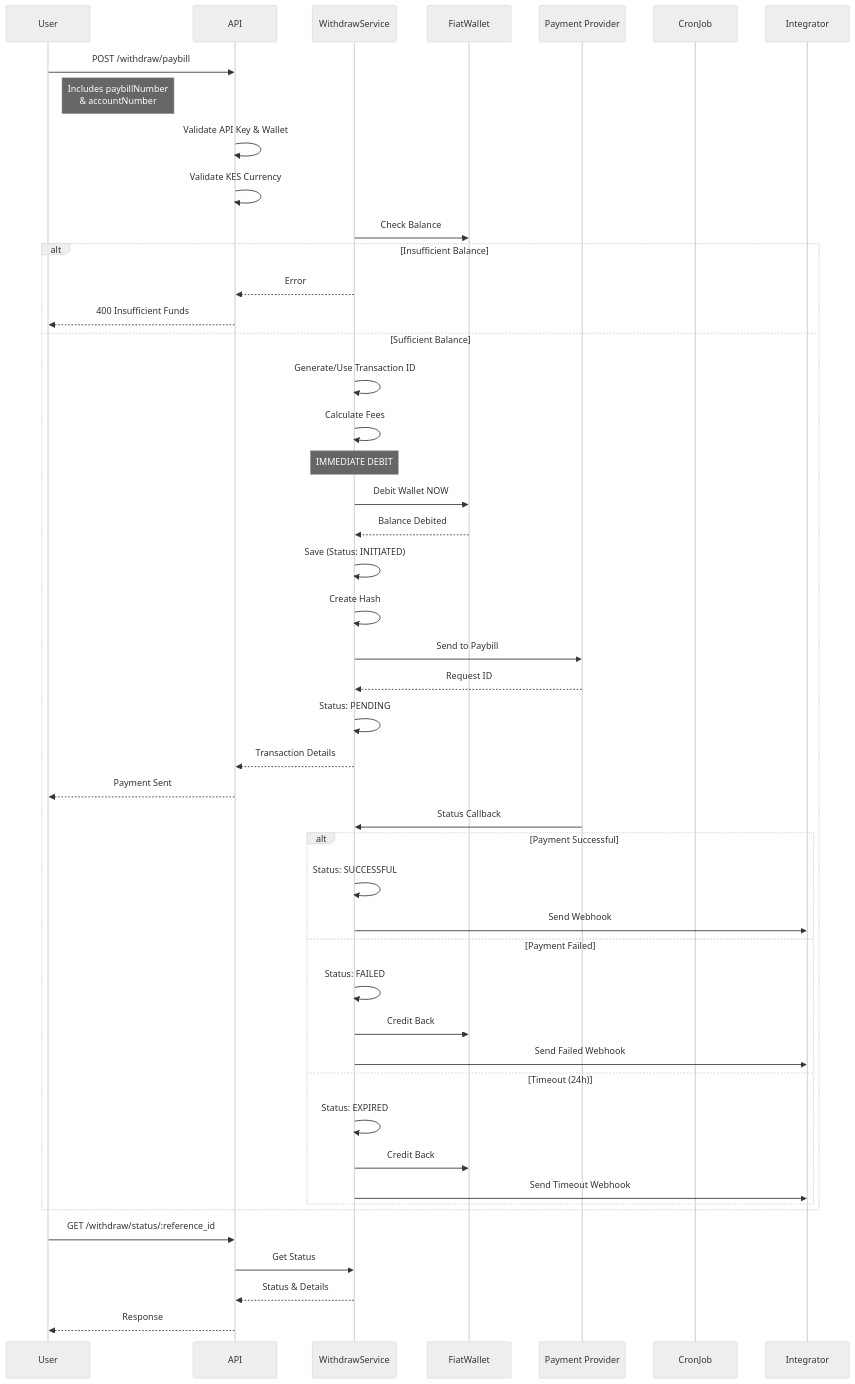
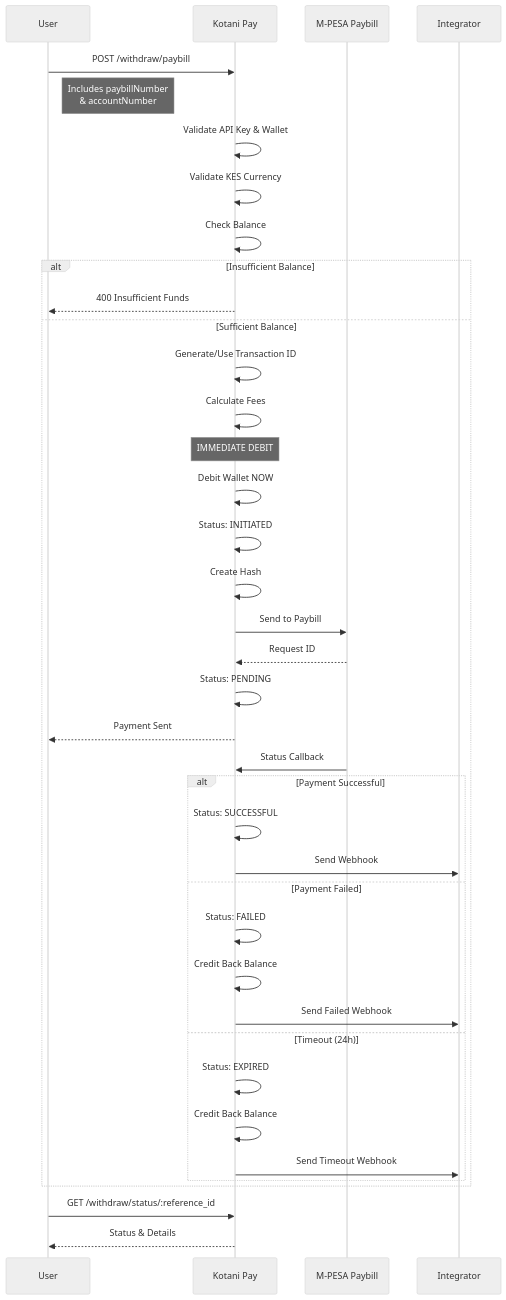
The fourth of 4 diagrams in v3/flows/withdrawal-flow.mdx (john-muinde/docs), drawn with Mermaid (neutral theme) before and after one commit. The commit also changed other lines of this file and 5 other files, not shown here.

````diff
--- a/v3/flows/withdrawal-flow.mdx
+++ b/v3/flows/withdrawal-flow.mdx
@@ -269,59 +246,50 @@
 ```mermaid
 sequenceDiagram
     participant User
-    participant API
-    participant WithdrawService
-    participant FiatWallet
-    participant Provider as Payment Provider
-    participant CronJob
+    participant Kotani Pay
+    participant M-PESA as M-PESA Paybill
     participant Integrator
 
-    User->>API: POST /withdraw/paybill
+    User->>Kotani Pay: POST /withdraw/paybill
     Note right of User: Includes paybillNumber<br/>& accountNumber
-    API->>API: Validate API Key & Wallet
-    API->>API: Validate KES Currency
+    Kotani Pay->>Kotani Pay: Validate API Key & Wallet
+    Kotani Pay->>Kotani Pay: Validate KES Currency
+    Kotani Pay->>Kotani Pay: Check Balance
 
-    WithdrawService->>FiatWallet: Check Balance
     alt Insufficient Balance
-        WithdrawService-->>API: Error
-        API-->>User: 400 Insufficient Funds
+        Kotani Pay-->>User: 400 Insufficient Funds
     else Sufficient Balance
-        WithdrawService->>WithdrawService: Generate/Use Transaction ID
-        WithdrawService->>WithdrawService: Calculate Fees
+        Kotani Pay->>Kotani Pay: Generate/Use Transaction ID
+        Kotani Pay->>Kotani Pay: Calculate Fees
 
-        Note over WithdrawService: IMMEDIATE DEBIT
-        WithdrawService->>FiatWallet: Debit Wallet NOW
-        FiatWallet-->>WithdrawService: Balance Debited
+        Note over Kotani Pay: IMMEDIATE DEBIT
+        Kotani Pay->>Kotani Pay: Debit Wallet NOW
+        Kotani Pay->>Kotani Pay: Status: INITIATED
+        Kotani Pay->>Kotani Pay: Create Hash
 
-        WithdrawService->>WithdrawService: Save (Status: INITIATED)
-        WithdrawService->>WithdrawService: Create Hash
+        Kotani Pay->>M-PESA: Send to Paybill
+        M-PESA-->>Kotani Pay: Request ID
+        Kotani Pay->>Kotani Pay: Status: PENDING
+        Kotani Pay-->>User: Payment Sent
 
-        WithdrawService->>Provider: Send to Paybill
-        Provider-->>WithdrawService: Request ID
-        WithdrawService->>WithdrawService: Status: PENDING
-        WithdrawService-->>API: Transaction Details
-        API-->>User: Payment Sent
-
-        Provider->>WithdrawService: Status Callback
+        M-PESA->>Kotani Pay: Status Callback
 
         alt Payment Successful
-            WithdrawService->>WithdrawService: Status: SUCCESSFUL
-            WithdrawService->>Integrator: Send Webhook
+            Kotani Pay->>Kotani Pay: Status: SUCCESSFUL
+            Kotani Pay->>Integrator: Send Webhook
 
         else Payment Failed
-            WithdrawService->>WithdrawService: Status: FAILED
-            WithdrawService->>FiatWallet: Credit Back
-            WithdrawService->>Integrator: Send Failed Webhook
+            Kotani Pay->>Kotani Pay: Status: FAILED
+            Kotani Pay->>Kotani Pay: Credit Back Balance
+            Kotani Pay->>Integrator: Send Failed Webhook
 
         else Timeout (24h)
-            WithdrawService->>WithdrawService: Status: EXPIRED
-            WithdrawService->>FiatWallet: Credit Back
-            WithdrawService->>Integrator: Send Timeout Webhook
+            Kotani Pay->>Kotani Pay: Status: EXPIRED
+            Kotani Pay->>Kotani Pay: Credit Back Balance
+            Kotani Pay->>Integrator: Send Timeout Webhook
         end
     end
 
-    User->>API: GET /withdraw/status/:reference_id
-    API->>WithdrawService: Get Status
-    WithdrawService-->>API: Status & Details
-    API-->>User: Response
+    User->>Kotani Pay: GET /withdraw/status/:reference_id
+    Kotani Pay-->>User: Status & Details
 ```
````
